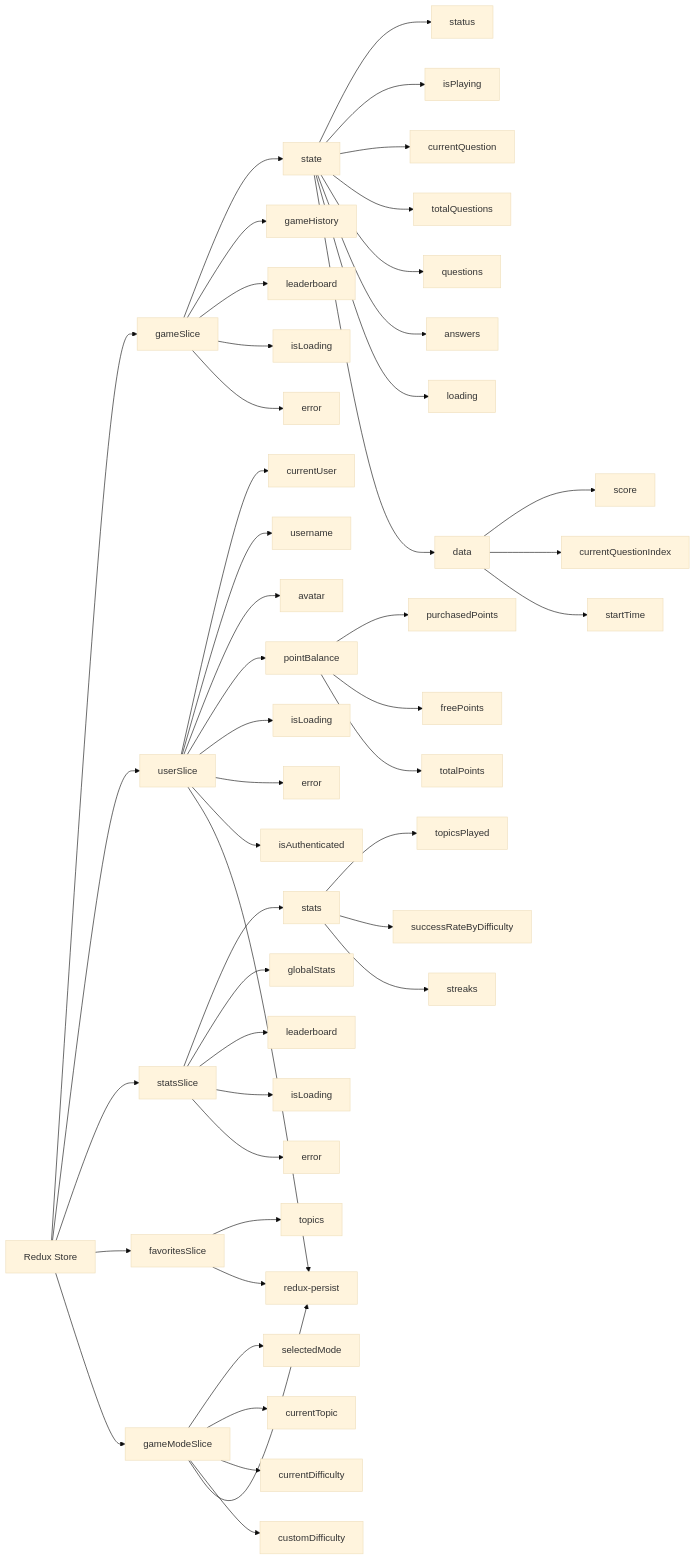
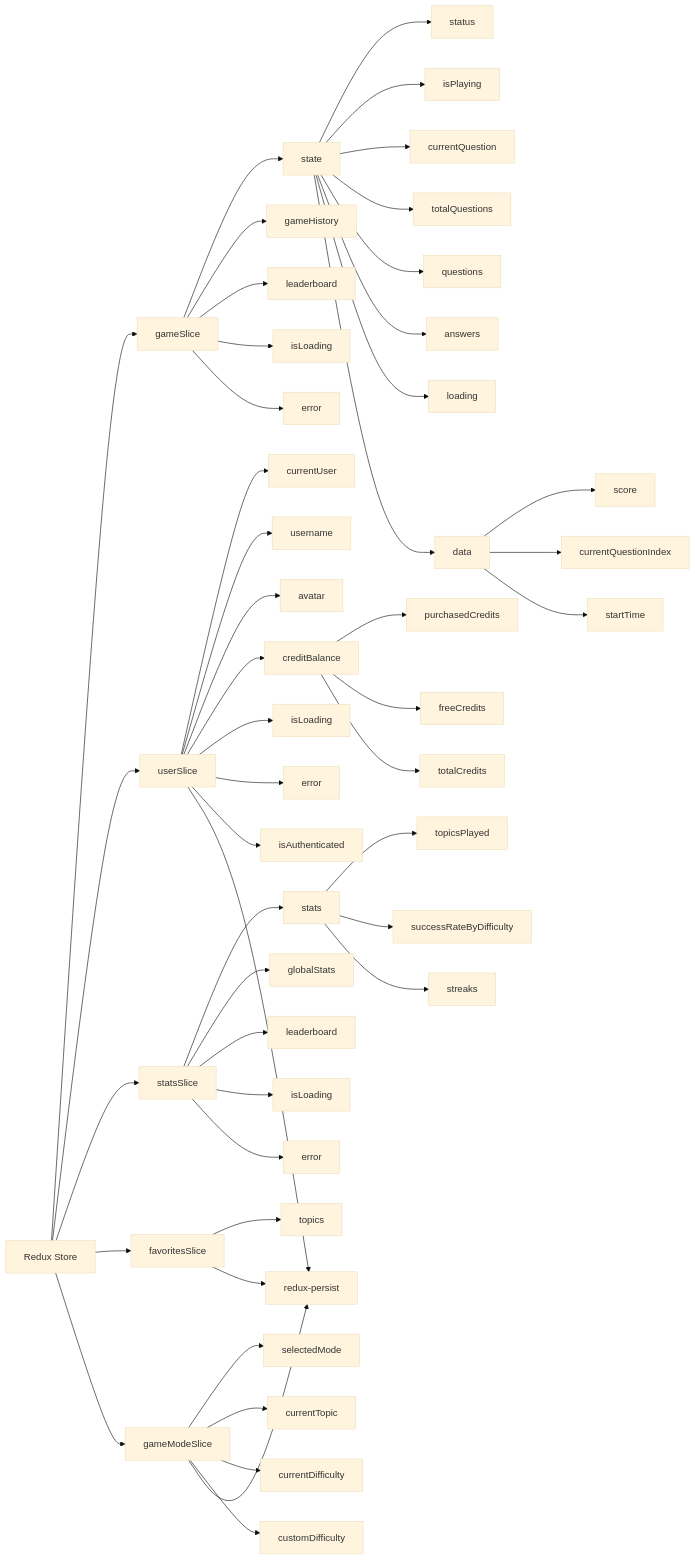
One commit to IsraelRub/EveryTriv changed diagram 14 of 28 in docs/DIAGRAMS.md. Above: the diagram before and after it, drawn with Mermaid (base theme). The commit also changed other lines of this file and 600 other files, not shown here.

Commit message:
feat: add multiplayer game mode, migrate from points to credits system, reorganize components, and rename AI providers

````diff
--- a/docs/DIAGRAMS.md
+++ b/docs/DIAGRAMS.md
@@ -920,56 +954,56 @@
 ```mermaid
 graph LR
     A[Redux Store] --> B[gameSlice]
     A --> C[userSlice]
     A --> D[statsSlice]
     A --> E[favoritesSlice]
     A --> F[gameModeSlice]
     
     B --> G[state]
     G --> H[status]
     G --> I[isPlaying]
     G --> J[currentQuestion]
     G --> K[totalQuestions]
     G --> L[questions]
     G --> M[answers]
     G --> N[loading]
     G --> O[data]
     O --> P[score]
     O --> Q[currentQuestionIndex]
     O --> R[startTime]
     B --> S[gameHistory]
     B --> T[leaderboard]
     B --> U[isLoading]
     B --> V[error]
     
     C --> W[currentUser]
     C --> X[username]
     C --> Y[avatar]
-    C --> Z[pointBalance]
+    C --> Z[creditBalance]
     C --> AA[isLoading]
     C --> AB[error]
     C --> AC[isAuthenticated]
-    Z --> AD[purchasedPoints]
-    Z --> AE[freePoints]
-    Z --> AF[totalPoints]
+    Z --> AD[purchasedCredits]
+    Z --> AE[freeCredits]
+    Z --> AF[totalCredits]
     
     D --> AG[stats]
     D --> AH[globalStats]
     D --> AI[leaderboard]
     D --> AJ[isLoading]
     D --> AK[error]
     AG --> AL[topicsPlayed]
     AG --> AM[successRateByDifficulty]
     AG --> AN[streaks]
     
     E --> AO[topics]
     
     F --> AP[selectedMode]
     F --> AQ[currentTopic]
     F --> AR[currentDifficulty]
     F --> AS[customDifficulty]
     
     C --> AT[redux-persist]
     E --> AT
     F --> AT
 ```
````
